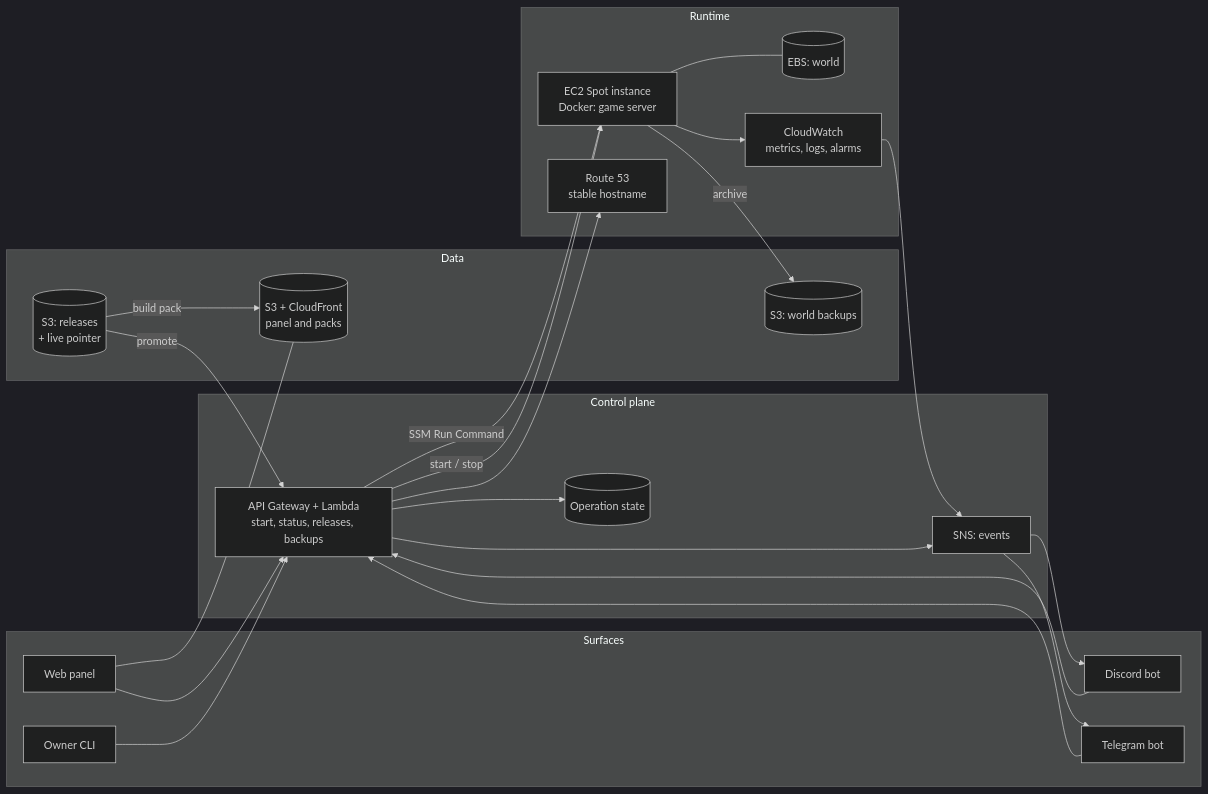
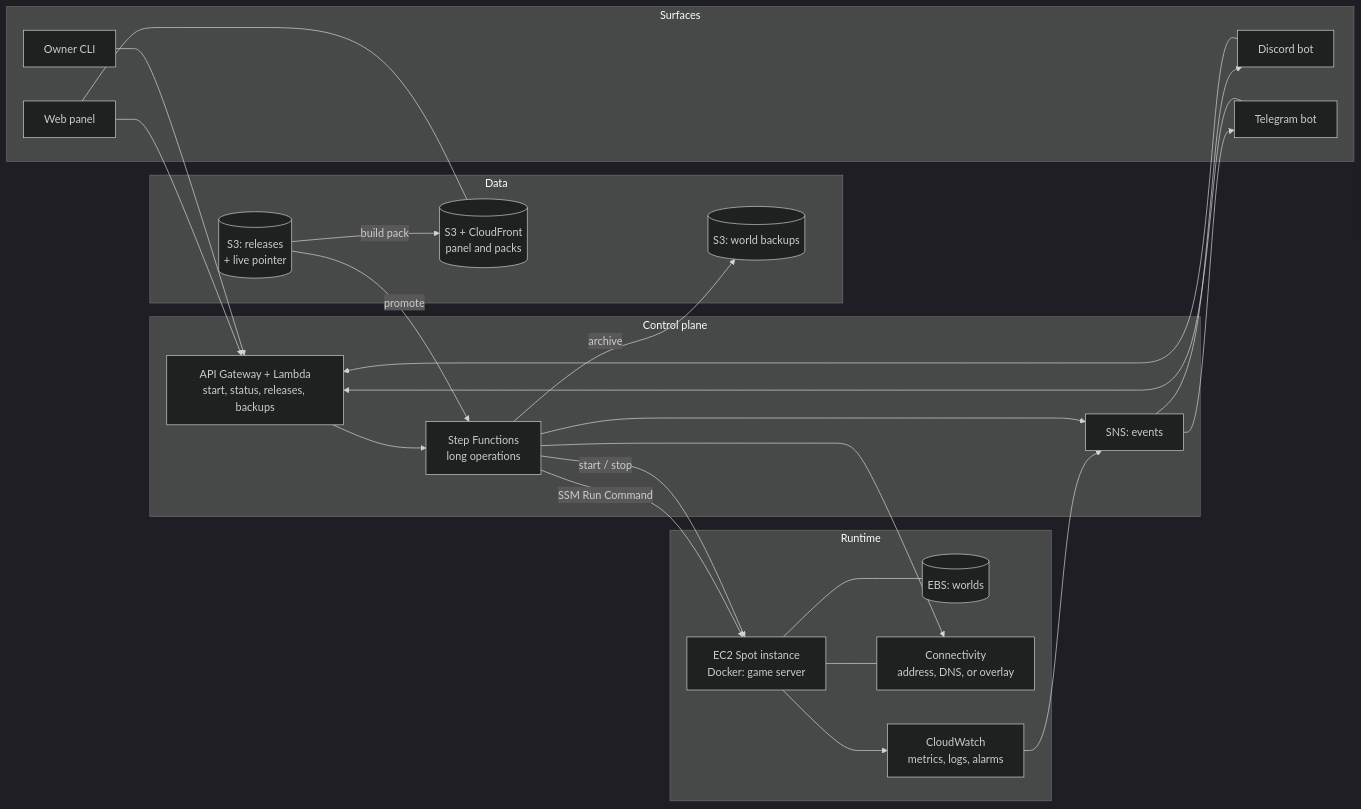
The diagram in README.md (DrArzter/spawnpoint), drawn with Mermaid (dark theme) before and after one commit. The commit also changed other lines of this file and 6 other files, not shown here.

First line of the commit message:
ADR-0025: Step Functions for the long operations

````diff
--- a/README.md
+++ b/README.md
@@ -70,47 +70,48 @@
 ```mermaid
 flowchart LR
     subgraph Surfaces
         WEB[Web panel]
         DIS[Discord bot]
         TG[Telegram bot]
         CLI[Owner CLI]
     end
 
     subgraph ControlPlane["Control plane"]
         API[API Gateway + Lambda<br/>start, status, releases, backups]
-        OPS[(Operation state)]
+        SFN[Step Functions<br/>long operations]
         BUS[SNS: events]
     end
 
     subgraph Data
         REL[(S3: releases<br/>+ live pointer)]
         BAK[(S3: world backups)]
         SITE[(S3 + CloudFront<br/>panel and packs)]
     end
 
     subgraph Runtime
         EC2[EC2 Spot instance<br/>Docker: game server]
-        EBS[(EBS: world)]
-        DNS[Route 53<br/>stable hostname]
+        EBS[(EBS: worlds)]
+        NET[Connectivity<br/>address, DNS, or overlay]
         CW[CloudWatch<br/>metrics, logs, alarms]
     end
 
     WEB --> API
     DIS --> API
     TG --> API
     CLI --> API
-    API --> OPS
-    API -->|SSM Run Command| EC2
-    API -->|start / stop| EC2
-    REL -->|promote| API
+    API --> SFN
+    SFN -->|SSM Run Command| EC2
+    SFN -->|start / stop| EC2
+    REL -->|promote| SFN
     EC2 --- EBS
-    EC2 -->|archive| BAK
-    API --> DNS
+    SFN -->|archive| BAK
+    SFN --> NET
+    EC2 --- NET
     EC2 --> CW
     CW --> BUS
-    API --> BUS
+    SFN --> BUS
     BUS --> DIS
     BUS --> TG
     WEB --- SITE
     REL -->|build pack| SITE
 ```
````
